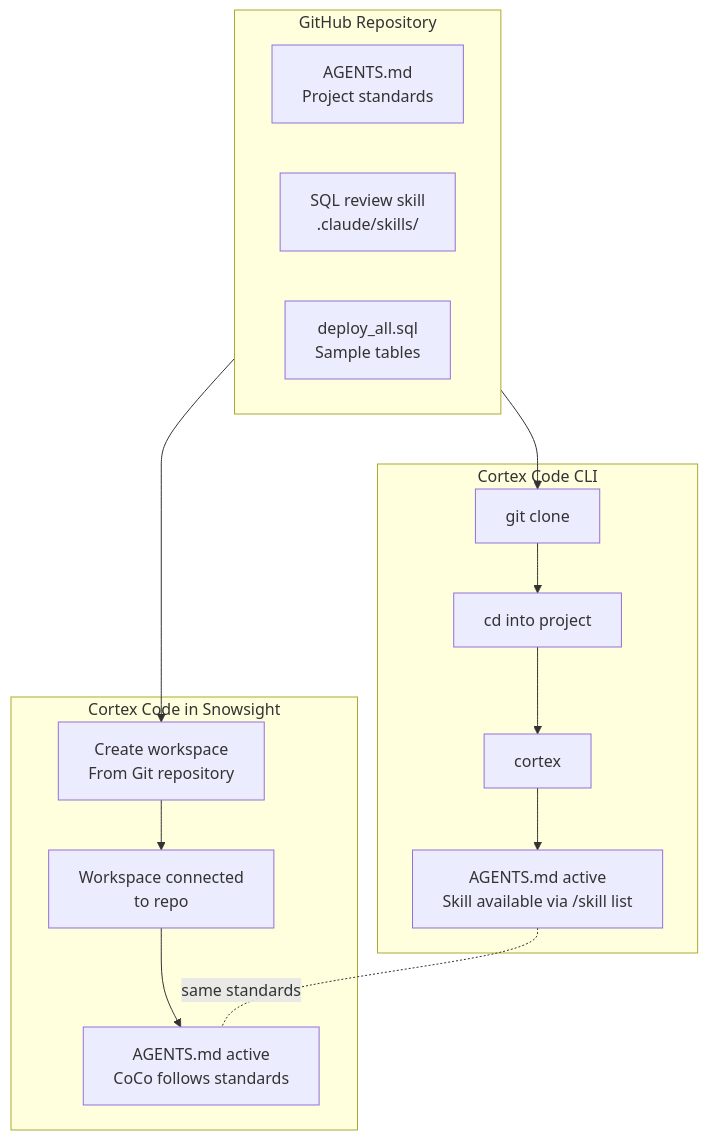
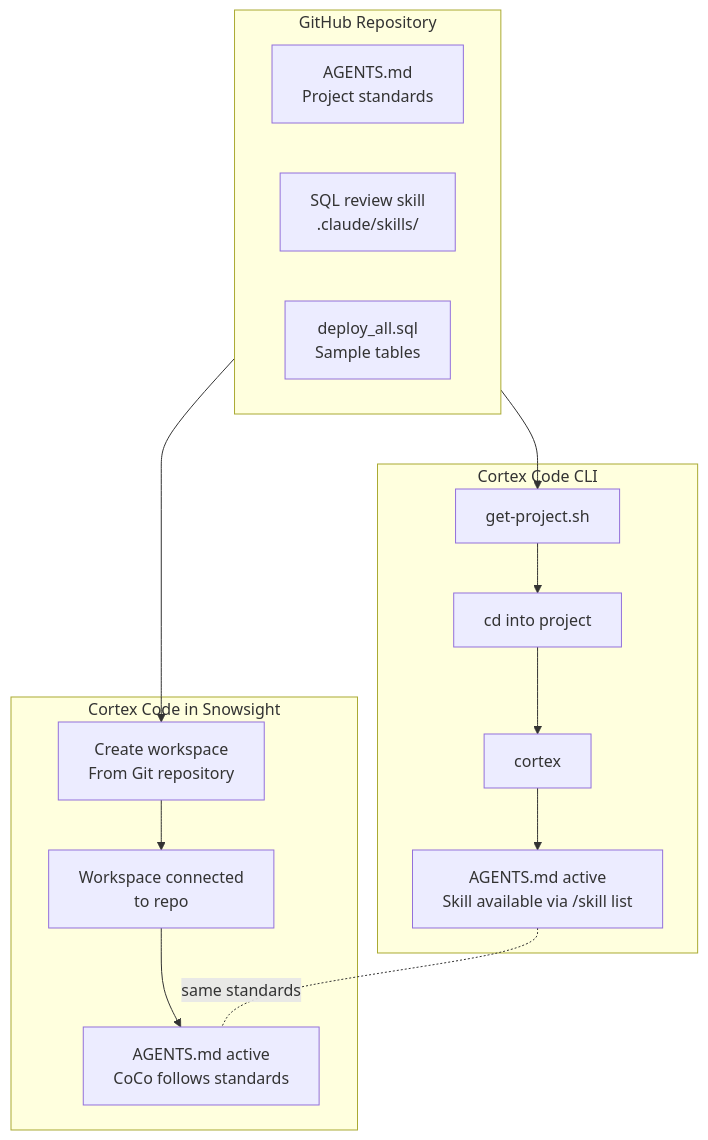
One commit to sfc-gh-miwhitaker/sfe-public changed the diagram in demo-coco-governance-github/diagrams/dual-surface.md. Above: the diagram before and after it, drawn with Mermaid. The commit also changed 5 other files, not shown here.

````diff
--- a/demo-coco-governance-github/diagrams/dual-surface.md
+++ b/demo-coco-governance-github/diagrams/dual-surface.md
@@ -3,31 +3,31 @@
 ```mermaid
 flowchart TB
     subgraph source ["GitHub Repository"]
         AgentsMd["AGENTS.md
         Project standards"]
         Skill["SQL review skill
         .claude/skills/"]
         SQL["deploy_all.sql
         Sample tables"]
     end
 
     subgraph cli ["Cortex Code CLI"]
-        Clone["git clone"] --> CDDir["cd into project"]
+        Clone["get-project.sh"] --> CDDir["cd into project"]
         CDDir --> Cortex["cortex"]
         Cortex --> CLIActive["AGENTS.md active
         Skill available via /skill list"]
     end
 
     subgraph snowsight ["Cortex Code in Snowsight"]
         Workspace["Create workspace
         From Git repository"] --> Connected["Workspace connected
         to repo"]
         Connected --> SSActive["AGENTS.md active
         CoCo follows standards"]
     end
 
     source --> Clone
     source --> Workspace
 
     CLIActive -.-|"same standards"| SSActive
 ```
````
